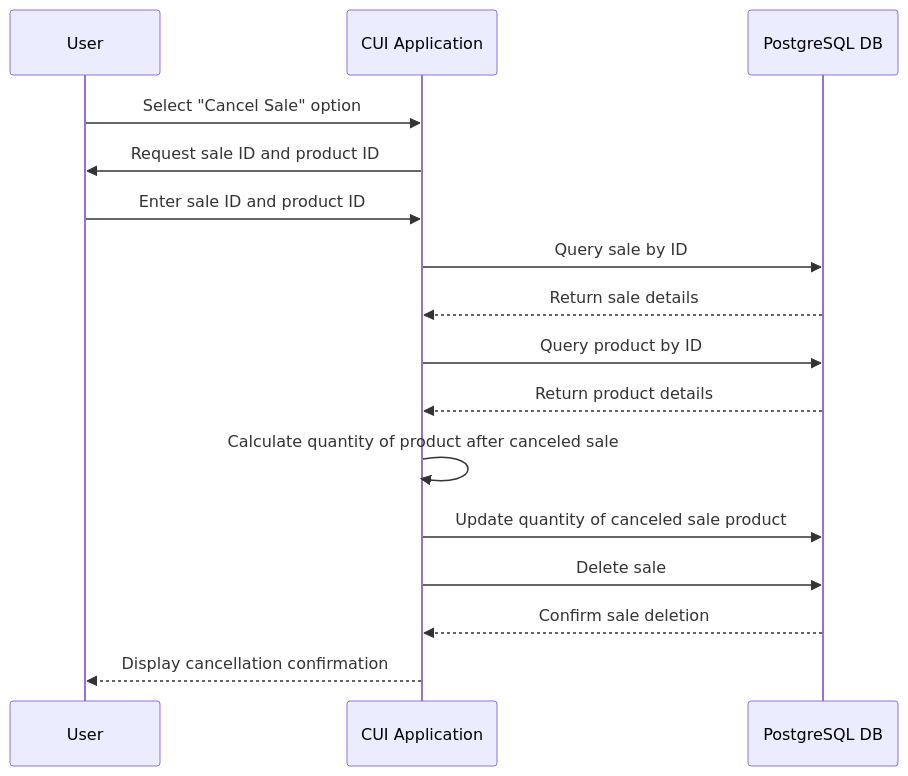
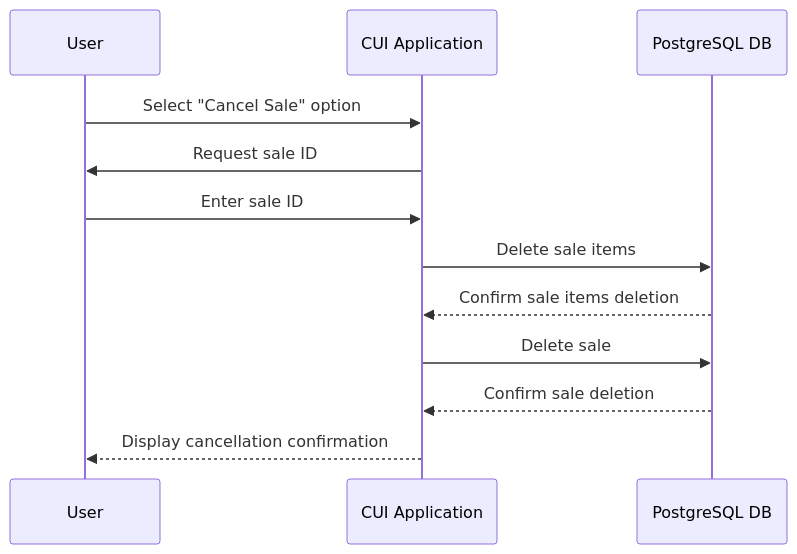
One commit to MohETS/Store-Management-System changed the third of 4 diagrams in docs/diagram/iteration1/SequenceDiagram.md. Above: the diagram before and after it, drawn with Mermaid. The commit also changed other lines of this file and 14 other files, not shown here.

````diff
--- a/docs/diagram/iteration1/SequenceDiagram.md
+++ b/docs/diagram/iteration1/SequenceDiagram.md
@@ -42,19 +45,15 @@
 ```mermaid
 sequenceDiagram
     participant User
     participant ConsoleUI as CUI Application
     participant Database as PostgreSQL DB
 
     User->>ConsoleUI: Select "Cancel Sale" option
-    ConsoleUI->>User: Request sale ID and product ID
-    User->>ConsoleUI: Enter sale ID and product ID
-    ConsoleUI->>Database: Query sale by ID
-    Database-->>ConsoleUI: Return sale details
-    ConsoleUI->>Database: Query product by ID
-    Database-->>ConsoleUI: Return product details
-	ConsoleUI->>ConsoleUI: Calculate quantity of product after canceled sale
-    ConsoleUI->>Database: Update quantity of canceled sale product
+    ConsoleUI->>User: Request sale ID
+    User->>ConsoleUI: Enter sale ID
+    ConsoleUI->>Database: Delete sale items
+    Database-->>ConsoleUI: Confirm sale items deletion
     ConsoleUI->>Database: Delete sale
     Database-->>ConsoleUI: Confirm sale deletion 
     ConsoleUI-->>User: Display cancellation confirmation
 ```
````
